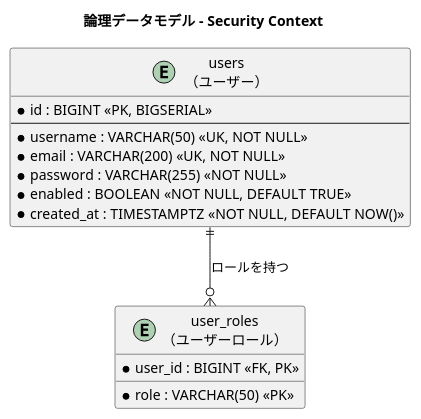
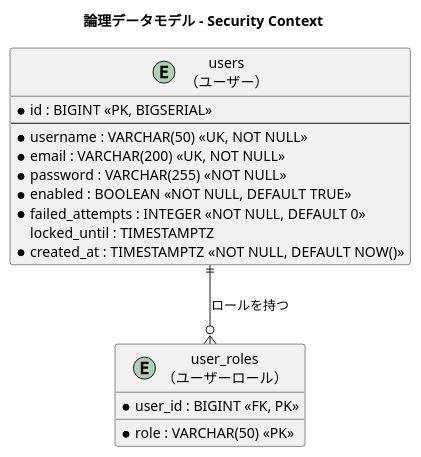
The ninth of 9 diagrams in docs/design/data-model.md (k2works/case-study-cargo-tracker), drawn with PlantUML before and after one commit. The commit also changed other lines of this file and 54 other files, not shown here.

````diff
--- a/docs/design/data-model.md
+++ b/docs/design/data-model.md
@@ -643,23 +645,25 @@
 ```plantuml
 @startuml
 title 論理データモデル - Security Context
 
 entity "users\n（ユーザー）" as users {
   * id : BIGINT <<PK, BIGSERIAL>>
   --
   * username : VARCHAR(50) <<UK, NOT NULL>>
   * email : VARCHAR(200) <<UK, NOT NULL>>
   * password : VARCHAR(255) <<NOT NULL>>
   * enabled : BOOLEAN <<NOT NULL, DEFAULT TRUE>>
+  * failed_attempts : INTEGER <<NOT NULL, DEFAULT 0>>
+  locked_until : TIMESTAMPTZ
   * created_at : TIMESTAMPTZ <<NOT NULL, DEFAULT NOW()>>
 }
 
 entity "user_roles\n（ユーザーロール）" as user_roles {
   * user_id : BIGINT <<FK, PK>>
   * role : VARCHAR(50) <<PK>>
 }
 
 users ||--o{ user_roles : "ロールを持つ"
 
 @enduml
 ```
````
